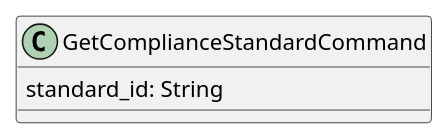
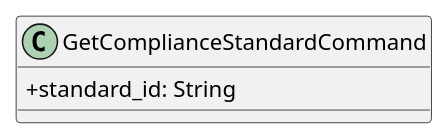
Before and after one commit to GroupRubberDuck/Documentazione: the diagram in src/PB/DocumentazioneEsterna/Specifica_Tecnica/content/uml/puml/Diagrammi_classi/Backend/Command/GetComplianceStandardCommand.puml, drawn with PlantUML. The commit also changed 92 other files, not shown here.

```diff
--- a/src/PB/DocumentazioneEsterna/Specifica_Tecnica/content/uml/puml/Diagrammi_classi/Backend/Command/GetComplianceStandardCommand.puml
+++ b/src/PB/DocumentazioneEsterna/Specifica_Tecnica/content/uml/puml/Diagrammi_classi/Backend/Command/GetComplianceStandardCommand.puml
@@ -1,7 +1,7 @@
 @startuml GetComplianceStandardCommand
-
+skinparam ClassAttributeIconSize 0
 class GetComplianceStandardCommand {
-    standard_id: String
+    + standard_id: String
 }
 
 @enduml
```
